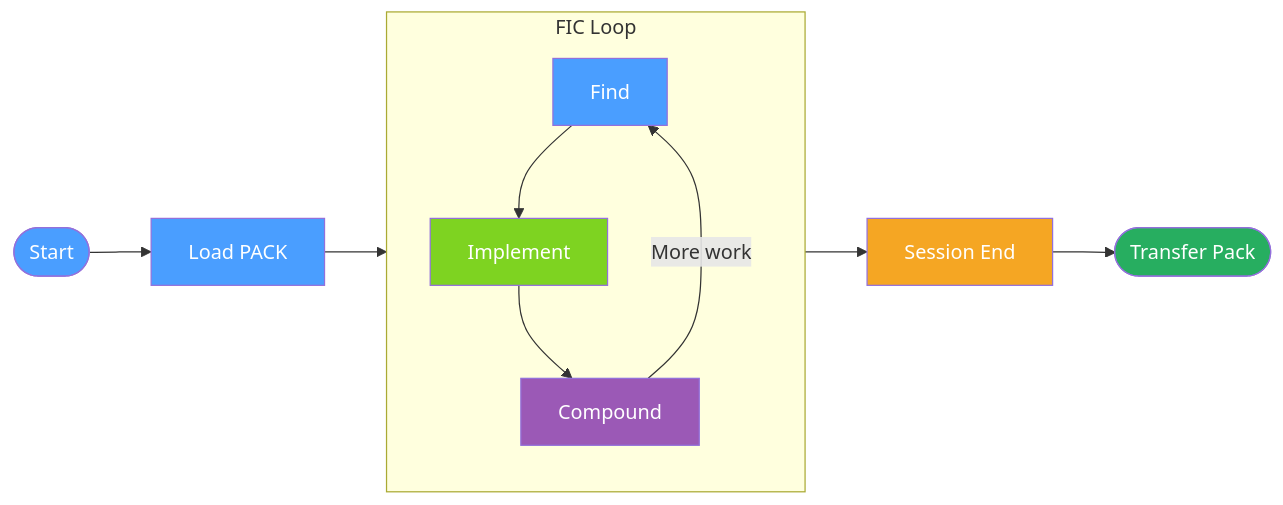
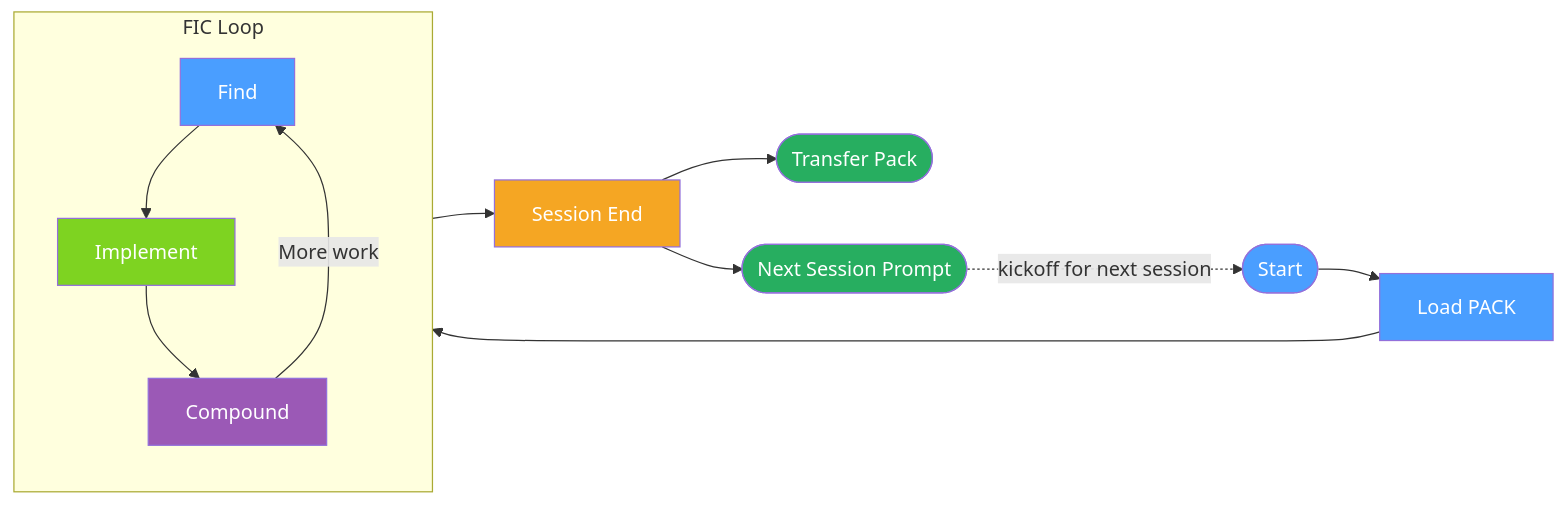
Before and after one commit to Alaslani/AI-Framework: the diagram in docs/diagrams/session-lifecycle.md, drawn with Mermaid. The commit also changed other lines of this file and 8 other files, not shown here.

First line of the commit message:
docs(pack): propagate Next Session Prompt to all enumerations

````diff
--- a/docs/diagrams/session-lifecycle.md
+++ b/docs/diagrams/session-lifecycle.md
@@ -5,23 +5,26 @@
 ```mermaid
 flowchart LR
     START([Start]) --> LOAD[Load PACK]
     LOAD --> FIC
 
     subgraph FIC [FIC Loop]
         direction TB
         F[Find] --> I[Implement]
         I --> C[Compound]
         C -->|More work| F
     end
 
     FIC --> END_SESSION[Session End]
     END_SESSION --> TP([Transfer Pack])
+    END_SESSION --> NSP([Next Session Prompt])
+    NSP -.kickoff for next session.-> START
 
     style START fill:#4a9eff,color:#fff
     style LOAD fill:#4a9eff,color:#fff
     style F fill:#4a9eff,color:#fff
     style I fill:#7ed321,color:#fff
     style C fill:#9b59b6,color:#fff
     style END_SESSION fill:#f5a623,color:#fff
     style TP fill:#27ae60,color:#fff
+    style NSP fill:#27ae60,color:#fff
 ```
````
